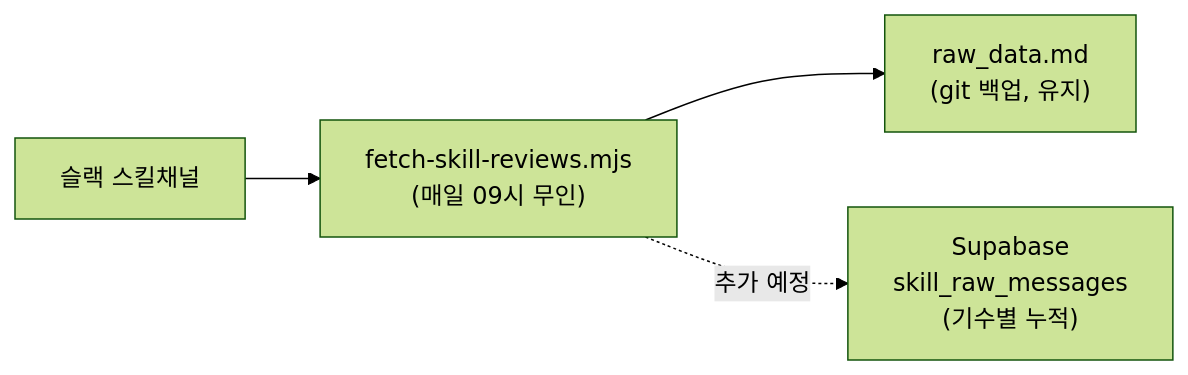
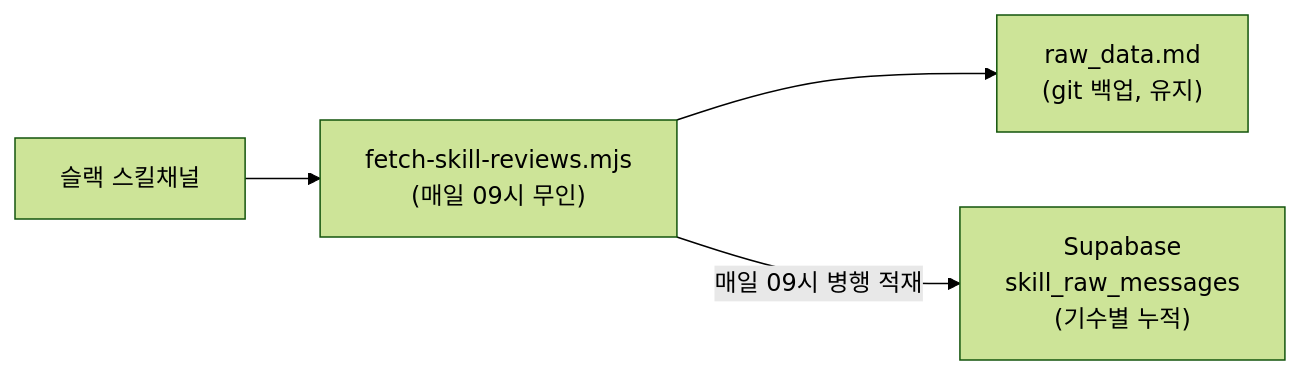
One commit to spongeclub/spongeclub_1 changed the second of 2 diagrams in 06_unit/데굴데굴/스킬인사이트/docs/03-operations.md. Above: the diagram before and after it, drawn with Mermaid (forest theme). The commit also changed other lines of this file and 4 other files, not shown here.

First line of the commit message:
[insight] 스킬 후기 Supabase 적재 — fetch upsert + 워크플로우 env

````diff
--- a/06_unit/데굴데굴/스킬인사이트/docs/03-operations.md
+++ b/06_unit/데굴데굴/스킬인사이트/docs/03-operations.md
@@ -88,6 +88,6 @@
 ```mermaid
 flowchart LR
     S["슬랙 스킬채널"] --> F["fetch-skill-reviews.mjs<br/>(매일 09시 무인)"]
     F --> R["raw_data.md<br/>(git 백업, 유지)"]
-    F -.->|"추가 예정"| DB["Supabase<br/>skill_raw_messages<br/>(기수별 누적)"]
+    F -->|"매일 09시 병행 적재"| DB["Supabase<br/>skill_raw_messages<br/>(기수별 누적)"]
 ```
````
